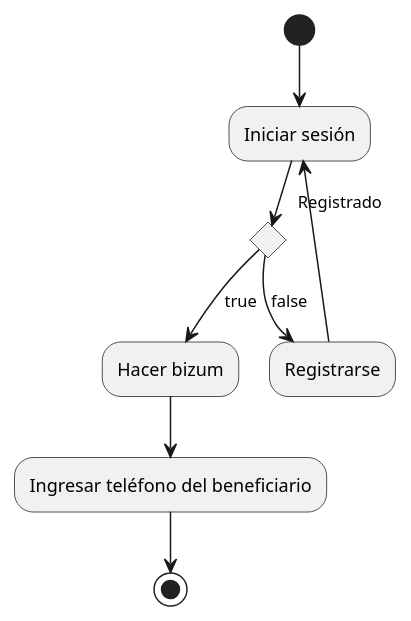
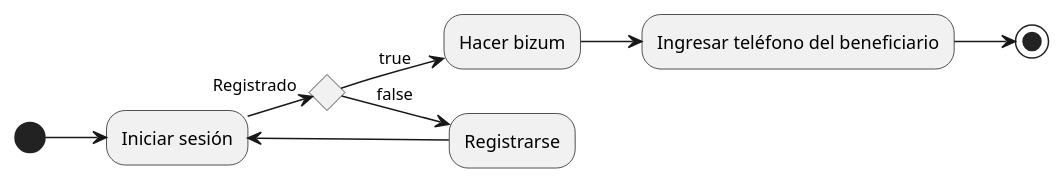
One commit to ljhonyl/bizum changed the third of 5 diagrams in README.md. Above: the diagram before and after it, drawn with PlantUML. The commit also changed other lines of this file and 7 other files, not shown here.

`````diff
--- a/README.md
+++ b/README.md
@@ -66,14 +73,14 @@
 ````plantuml
 @startuml
-(*) --> "Iniciar sesión"
-
+Left to right direction
+(*) -->  "Iniciar sesión"
 if "Registrado" then
   -->[true] "Hacer bizum"
   --> "Ingresar teléfono del beneficiario"
   --> (*)
 else
   -->[false] "Registrarse"
   -->"Iniciar sesión"
 endif
 @enduml
 ````
`````
